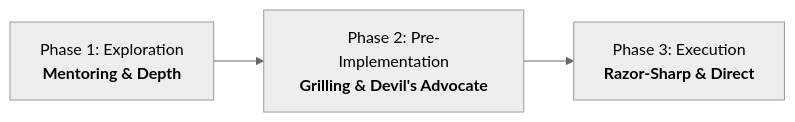
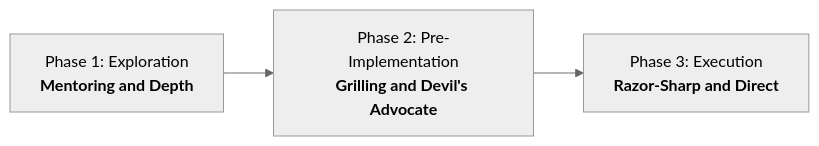
The diagram in agent/rules/interaction.md (mkh-user/toolbox), drawn with Mermaid (neutral theme) before and after one commit. The commit also changed other lines of this file and 17 other files, not shown here.

````diff
--- a/agent/rules/interaction.md
+++ b/agent/rules/interaction.md
@@ -11,5 +11,5 @@
 ```mermaid
 flowchart LR
-    A["Phase 1: Exploration<br/><b>Mentoring & Depth</b>"] --> B["Phase 2: Pre-Implementation<br/><b>Grilling & Devil's Advocate</b>"]
-    B --> C["Phase 3: Execution<br/><b>Razor-Sharp & Direct</b>"]
+    A["Phase 1: Exploration<br/><b>Mentoring and Depth</b>"] --> B["Phase 2: Pre-Implementation<br/><b>Grilling and Devil's Advocate</b>"]
+    B --> C["Phase 3: Execution<br/><b>Razor-Sharp and Direct</b>"]
 ```
````
